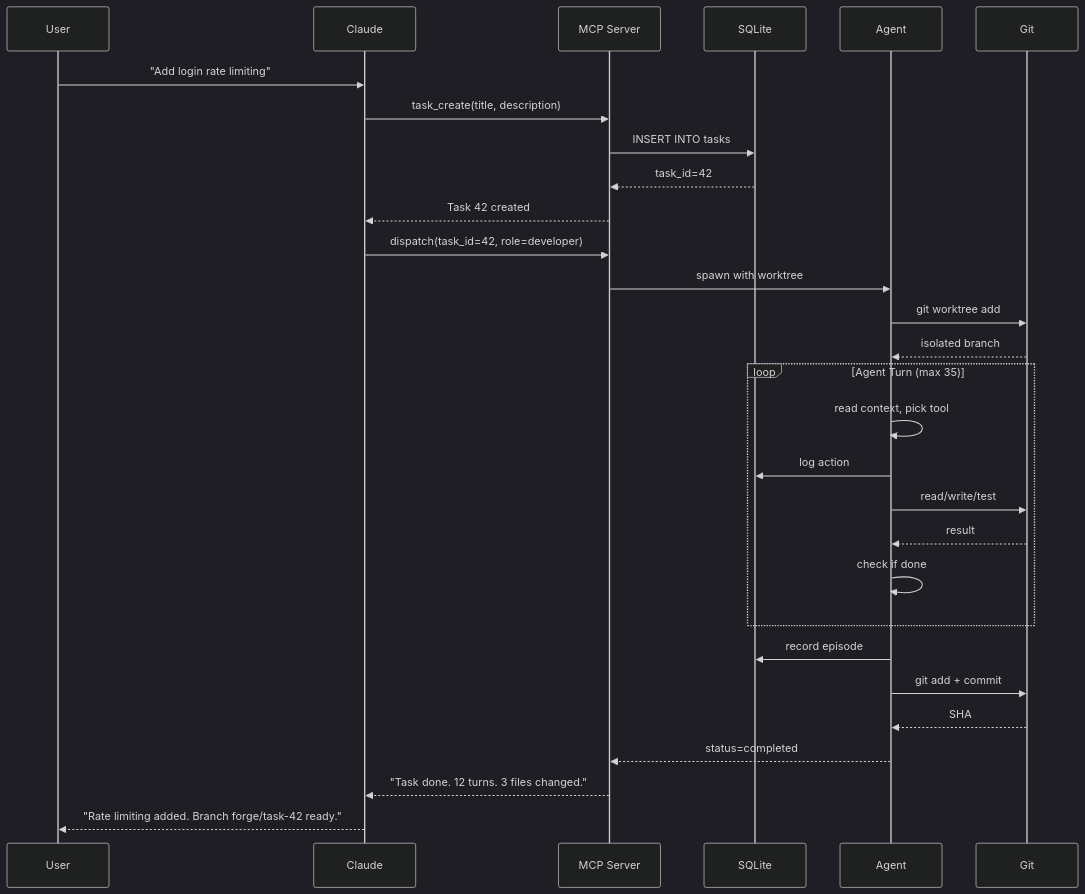
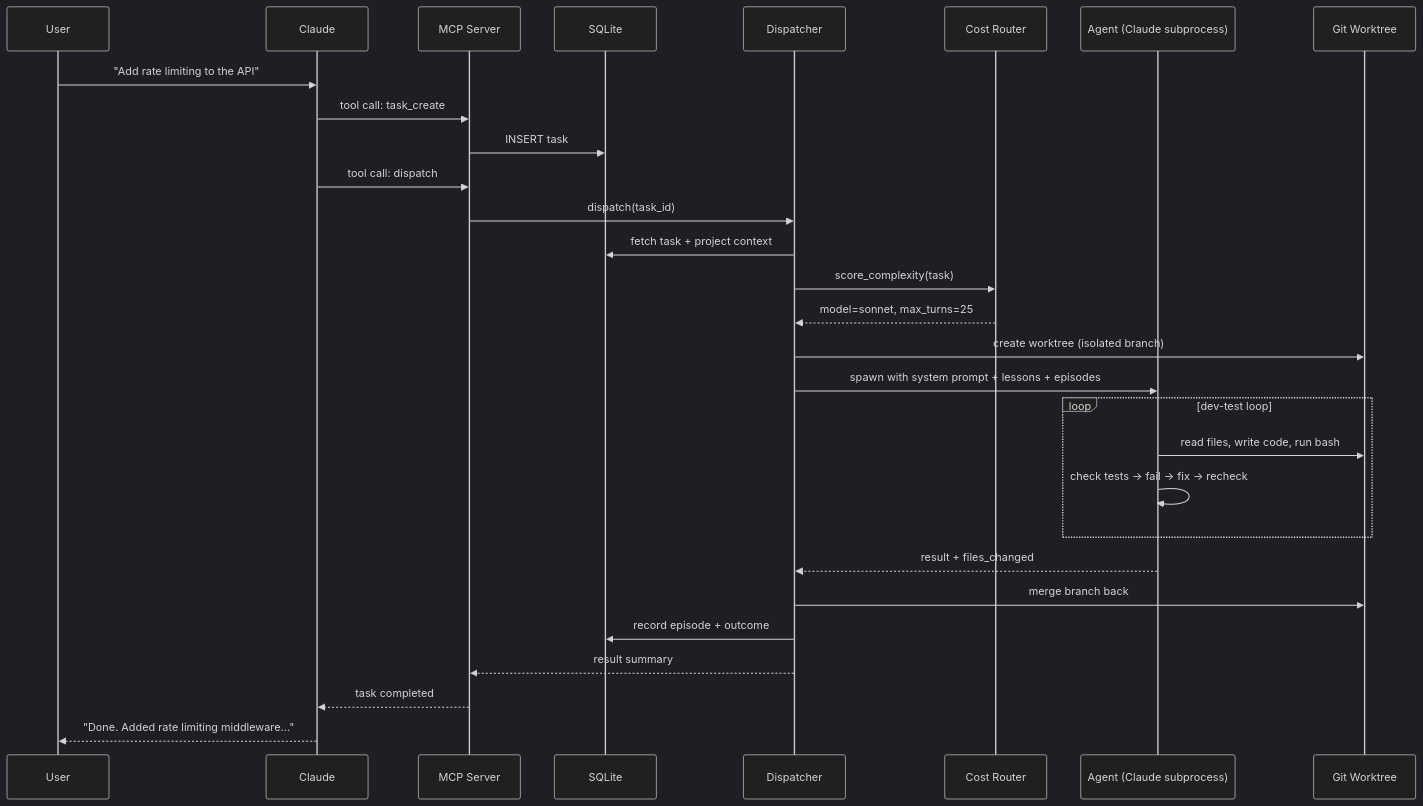
One commit to sbknana/equipa changed the second of 4 diagrams in docs/ARCHITECTURE.md. Above: the diagram before and after it, drawn with Mermaid (dark theme). The commit also changed other lines of this file and 4 other files, not shown here.

````diff
--- a/docs/ARCHITECTURE.md
+++ b/docs/ARCHITECTURE.md
@@ -56,32 +81,32 @@
 ```mermaid
 sequenceDiagram
-    participant User
-    participant Claude
+    participant U as User
+    participant C as Claude
     participant MCP as MCP Server
     participant DB as SQLite
-    participant Agent
-    participant Git
+    participant D as Dispatcher
+    participant R as Cost Router
+    participant A as Agent (Claude subprocess)
+    participant G as Git Worktree
 
-    User->>Claude: "Add login rate limiting"
-    Claude->>MCP: task_create(title, description)
-    MCP->>DB: INSERT INTO tasks
-    DB-->>MCP: task_id=42
-    MCP-->>Claude: Task 42 created
-    Claude->>MCP: dispatch(task_id=42, role=developer)
-    MCP->>Agent: spawn with worktree
-    Agent->>Git: git worktree add
-    Git-->>Agent: isolated branch
-    loop Agent Turn (max 35)
-        Agent->>Agent: read context, pick tool
-        Agent->>DB: log action
-        Agent->>Git: read/write/test
-        Git-->>Agent: result
-        Agent->>Agent: check if done
+    U->>C: "Add rate limiting to the API"
+    C->>MCP: tool call: task_create
+    MCP->>DB: INSERT task
+    C->>MCP: tool call: dispatch
+    MCP->>D: dispatch(task_id)
+    D->>DB: fetch task + project context
+    D->>R: score_complexity(task)
+    R-->>D: model=sonnet, max_turns=25
+    D->>G: create worktree (isolated branch)
+    D->>A: spawn with system prompt + lessons + episodes
+    loop dev-test loop
+        A->>G: read files, write code, run bash
+        A->>A: check tests → fail → fix → recheck
     end
-    Agent->>DB: record episode
-    Agent->>Git: git add + commit
-    Git-->>Agent: SHA
-    Agent-->>MCP: status=completed
-    MCP-->>Claude: "Task done. 12 turns. 3 files changed."
-    Claude-->>User: "Rate limiting added. Branch forge/task-42 ready."
+    A-->>D: result + files_changed
+    D->>G: merge branch back
+    D->>DB: record episode + outcome
+    D-->>MCP: result summary
+    MCP-->>C: task completed
+    C-->>U: "Done. Added rate limiting middleware..."
 ```
````
